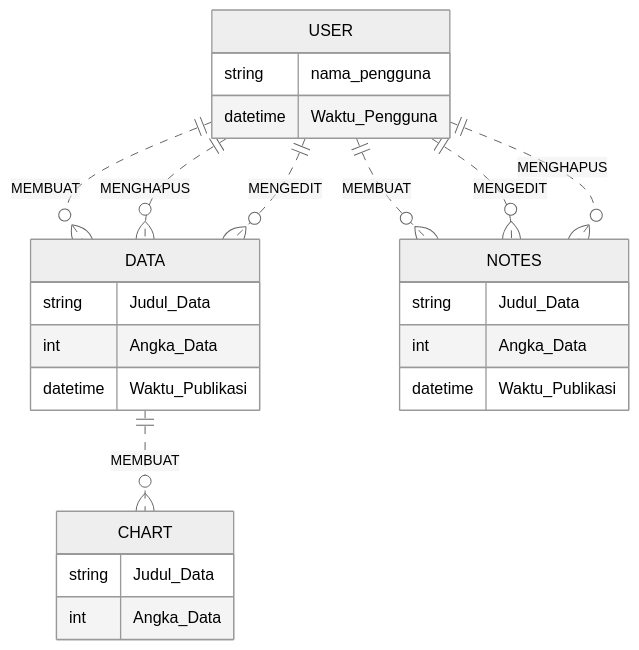
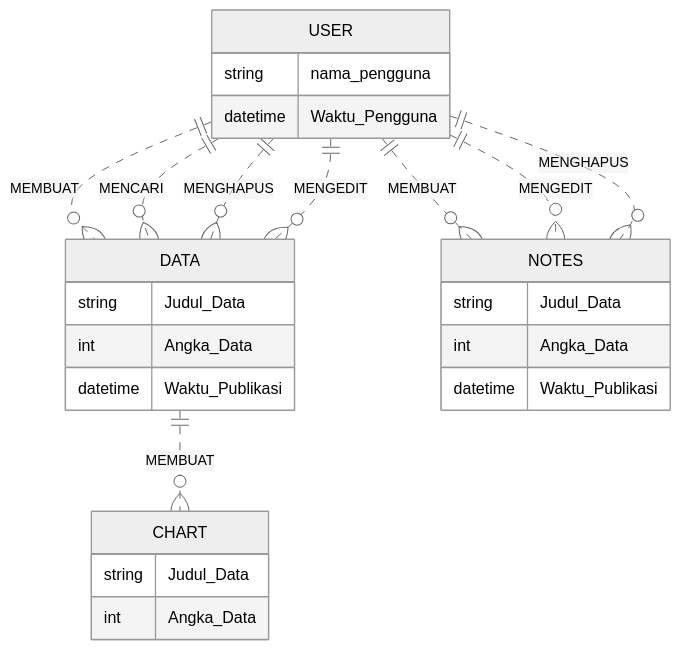
The first of 2 diagrams in Where's App .md (MuhammadFauzanL/Basic-Flutter-App), drawn with Mermaid (neutral theme) before and after one commit.

Commit message:
Update Where's App .md

````diff
--- a/Where's App .md
+++ b/Where's App .md
@@ -57,40 +57,45 @@
 ```mermaid
 erDiagram
     USER ||..o{ DATA : MEMBUAT
 USER{
     string nama_pengguna
     datetime Waktu_Pengguna
 
 }
  DATA ||..o{ CHART : MEMBUAT
 CHART{
     string Judul_Data
     int Angka_Data
 }
     
     DATA 
 DATA {
     string Judul_Data
     int Angka_Data
     datetime Waktu_Publikasi
 
     
 
 }
+USER ||..o{ DATA : MENCARI
    USER ||..o{ DATA : MENGHAPUS
    USER ||..o{ DATA : MENGEDIT
     USER||..o{ NOTES: MEMBUAT
     USER||..o{ NOTES: MENGEDIT
     USER||..o{ NOTES: MENGHAPUS
 
     NOTES
     NOTES{
         string Judul_Data
         int Angka_Data
         datetime Waktu_Publikasi
     }
 
 
+
+
+
    
 
+
 ```
````
